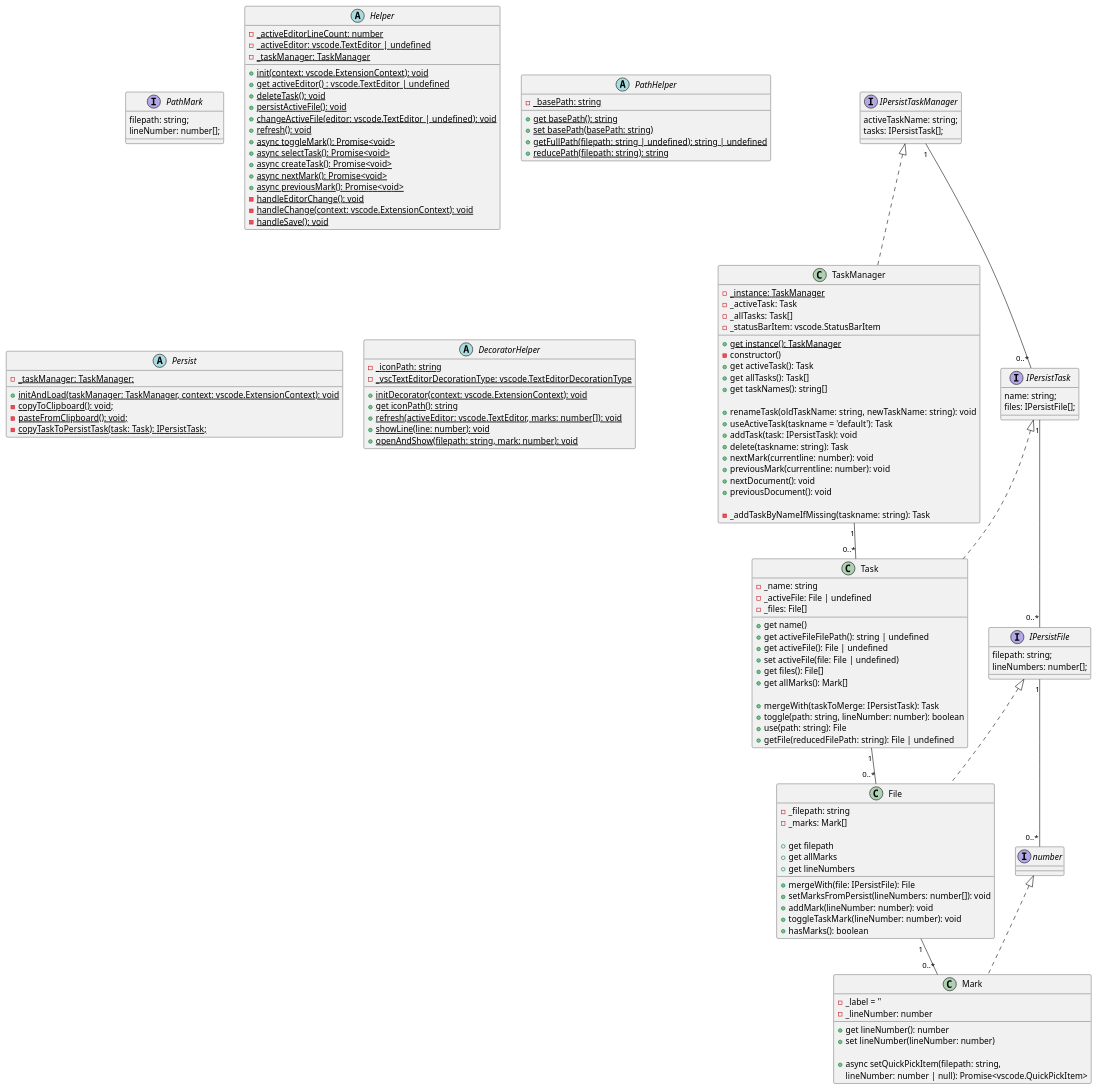
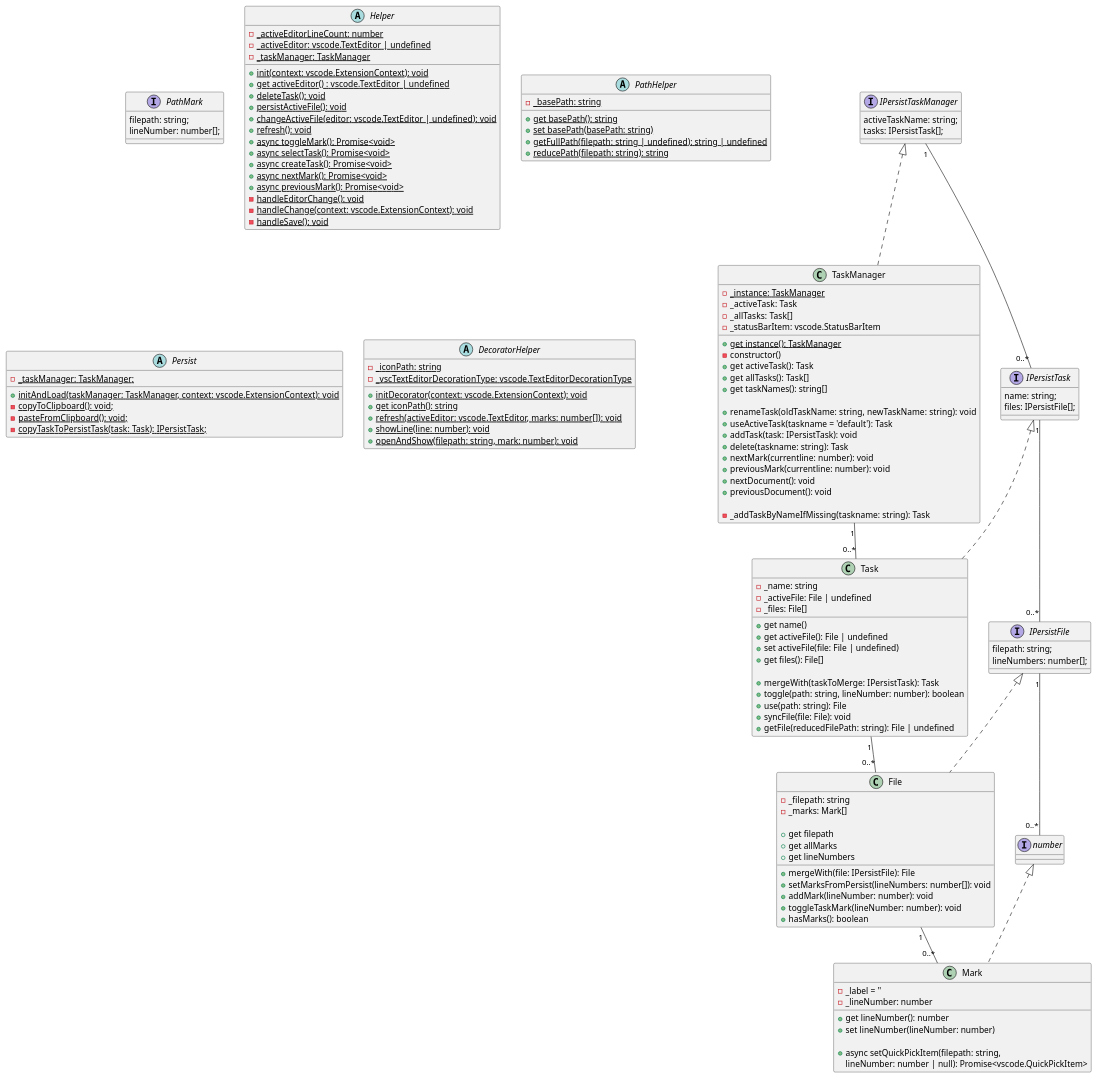
One commit to norbertK/taskmarks changed the diagram in docu/inMemory.puml. Above: the diagram before and after it, drawn with PlantUML. The commit also changed 11 other files, not shown here.

```diff
--- a/docu/inMemory.puml
+++ b/docu/inMemory.puml
@@ -2,154 +2,153 @@
 @startuml
 
 class TaskManager {
     -{static}_instance: TaskManager
     +{static}get instance(): TaskManager
     -constructor()
     -_activeTask: Task
     -_allTasks: Task[]
     -_statusBarItem: vscode.StatusBarItem
 
     +get activeTask(): Task
     +get allTasks(): Task[]
     +get taskNames(): string[]
 
     +renameTask(oldTaskName: string, newTaskName: string): void 
     +useActiveTask(taskname = 'default'): Task
     +addTask(task: IPersistTask): void
     +delete(taskname: string): Task
     +nextMark(currentline: number): void
     +previousMark(currentline: number): void
     +nextDocument(): void
     +previousDocument(): void
 
     -_addTaskByNameIfMissing(taskname: string): Task
 }
 
 class Task {
  -_name: string
  -_activeFile: File | undefined
  -_files: File[]
 
  +get name()
- +get activeFileFilePath(): string | undefined
  +get activeFile(): File | undefined
  +set activeFile(file: File | undefined)
  +get files(): File[]
- +get allMarks(): Mark[] 
 
  +mergeWith(taskToMerge: IPersistTask): Task
  +toggle(path: string, lineNumber: number): boolean
  +use(path: string): File
+ +syncFile(file: File): void
  +getFile(reducedFilePath: string): File | undefined
 }
 
 class File {
  -_filepath: string
  -_marks: Mark[]
 
  +get filepath
  +get allMarks
  +get lineNumbers
 
  +mergeWith(file: IPersistFile): File
  +setMarksFromPersist(lineNumbers: number[]): void
  +addMark(lineNumber: number): void
  +toggleTaskMark(lineNumber: number): void
  +hasMarks(): boolean
 }
 
 class Mark {
  -_label = ''
  -_lineNumber: number
 
  +get lineNumber(): number
  +set lineNumber(lineNumber: number)
 
  +async setQuickPickItem(filepath: string,
     lineNumber: number | null): Promise<vscode.QuickPickItem>
 }
 
 TaskManager "1" -- "0..*" Task
 Task "1" -- "0..*" File
 File "1" -- "0..*" Mark
 
 
 interface IPersistTaskManager {
   activeTaskName: string;
   tasks: IPersistTask[];
 }
 
 interface IPersistTask {
   name: string;
   files: IPersistFile[];
 }
 
 interface IPersistFile {
   filepath: string;
   lineNumbers: number[];
 }
 interface number {
 }
 
 interface PathMark {
   filepath: string;
   lineNumber: number[];
 }
 
 IPersistTaskManager "1" -- "0..*" IPersistTask
 IPersistTask "1" -- "0..*" IPersistFile
 IPersistFile "1" -- "0..*" number
 
 
 IPersistTaskManager <|.. TaskManager
 IPersistTask <|.. Task
 IPersistFile <|.. File
 number <|.. Mark
 
 abstract class Helper{
     -{static}_activeEditorLineCount: number
     -{static}_activeEditor: vscode.TextEditor | undefined
     -{static}_taskManager: TaskManager
     +{static}init(context: vscode.ExtensionContext): void
     +{static}get activeEditor() : vscode.TextEditor | undefined
     +{static}deleteTask(): void
     +{static}persistActiveFile(): void
     +{static}changeActiveFile(editor: vscode.TextEditor | undefined): void
     +{static}refresh(): void
     +{static}async toggleMark(): Promise<void>
     +{static}async selectTask(): Promise<void>
     +{static}async createTask(): Promise<void>
     +{static}async nextMark(): Promise<void>
     +{static}async previousMark(): Promise<void>
     -{static}handleEditorChange(): void
     -{static}handleChange(context: vscode.ExtensionContext): void
     -{static}handleSave(): void
 }
 
 abstract class PathHelper{
     -{static}_basePath: string
     +{static}get basePath(): string
     +{static}set basePath(basePath: string)
     +{static}getFullPath(filepath: string | undefined): string | undefined
     +{static}reducePath(filepath: string): string
 }
 
 abstract class Persist{
     -{static}_taskManager: TaskManager;
     +{static}initAndLoad(taskManager: TaskManager, context: vscode.ExtensionContext): void
     -{static}copyToClipboard(): void;
     -{static}pasteFromClipboard(): void;
     -{static}copyTaskToPersistTask(task: Task): IPersistTask;
 }
 
 abstract class DecoratorHelper{
     -{static}_iconPath: string
     -{static}_vscTextEditorDecorationType: vscode.TextEditorDecorationType
     +{static}initDecorator(context: vscode.ExtensionContext): void
     +{static}get iconPath(): string
     +{static}refresh(activeEditor: vscode.TextEditor, marks: number[]): void
     +{static}showLine(line: number): void
     +{static}openAndShow(filepath: string, mark: number): void
 }
 
 @enduml
```
